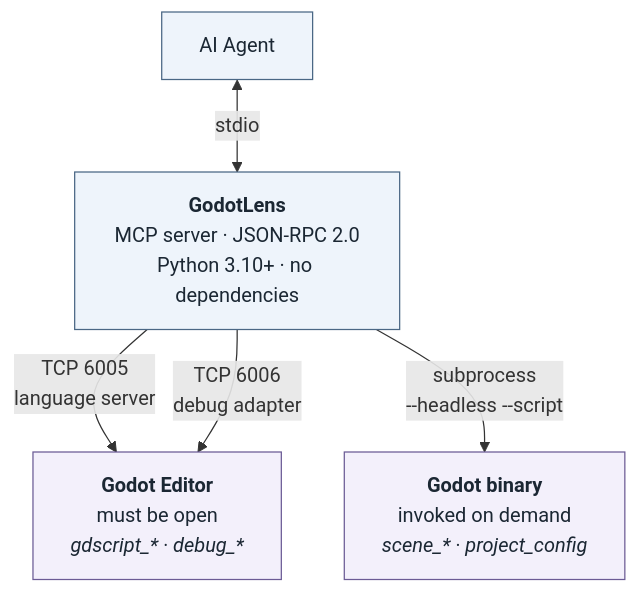
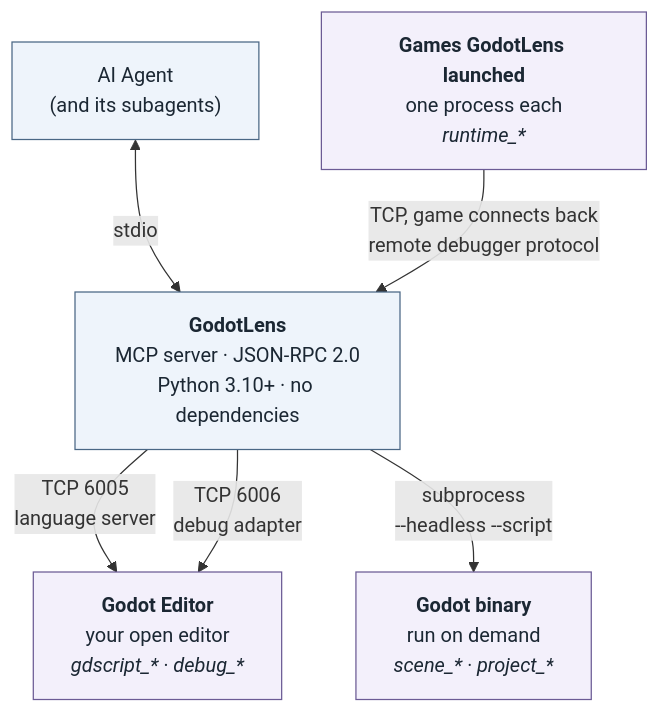
The second of 2 diagrams in README.md (pzalutski-pixel/godotlens-mcp), drawn with Mermaid before and after one commit. The commit also changed other lines of this file and 43 other files, not shown here.

First line of the commit message:
1.2.0: run, observe and drive the game; correctness and concurrency fixes

````diff
--- a/README.md
+++ b/README.md
@@ -197,19 +297,21 @@
 ```mermaid
 flowchart TD
-    Agent["AI Agent"]
+    Agent["AI Agent<br/>(and its subagents)"]
     GL["<b>GodotLens</b><br/>MCP server · JSON-RPC 2.0<br/>Python 3.10+ · no dependencies"]
 
     Agent <-- "stdio" --> GL
 
     GL -- "TCP 6005<br/>language server" --> Editor
     GL -- "TCP 6006<br/>debug adapter" --> Editor
     GL -- "subprocess<br/>--headless --script" --> Binary
+    Game -- "TCP, game connects back<br/>remote debugger protocol" --> GL
 
-    Editor["<b>Godot Editor</b><br/>must be open<br/><i>gdscript_* · debug_*</i>"]
-    Binary["<b>Godot binary</b><br/>invoked on demand<br/><i>scene_* · project_config</i>"]
+    Editor["<b>Godot Editor</b><br/>your open editor<br/><i>gdscript_* · debug_*</i>"]
+    Binary["<b>Godot binary</b><br/>run on demand<br/><i>scene_* · project_*</i>"]
+    Game["<b>Games GodotLens launched</b><br/>one process each<br/><i>runtime_*</i>"]
 
     classDef svc fill:#eef4fb,stroke:#4a6785,stroke-width:1px,color:#1b2733;
     classDef godot fill:#f3f0fb,stroke:#6b5b95,stroke-width:1px,color:#1b2733;
     class Agent,GL svc;
-    class Editor,Binary godot;
+    class Editor,Binary,Game godot;
 ```
````
